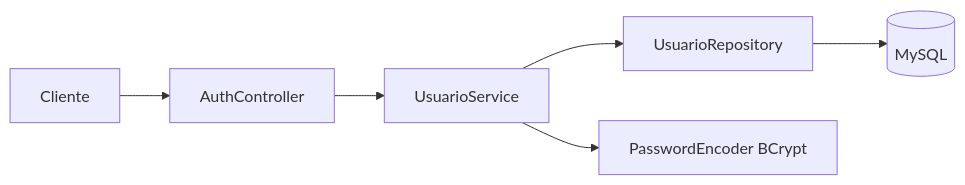
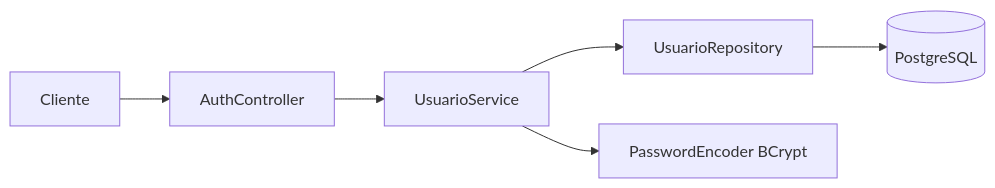
Before and after one commit to GastroMatch-PI/GastroMatch: the first of 2 diagrams in KB/Conceitos/Service.md, drawn with Mermaid. The commit also changed 21 other files, not shown here.

````diff
--- a/KB/Conceitos/Service.md
+++ b/KB/Conceitos/Service.md
@@ -9,8 +9,8 @@
 ```mermaid
 flowchart LR
     A[Cliente] --> B[AuthController]
     B --> C[UsuarioService]
     C --> D[UsuarioRepository]
-    D --> E[(MySQL)]
+    D --> E[(PostgreSQL)]
     C --> F[PasswordEncoder BCrypt]
 ```
````
